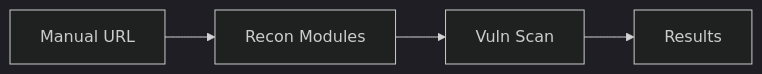
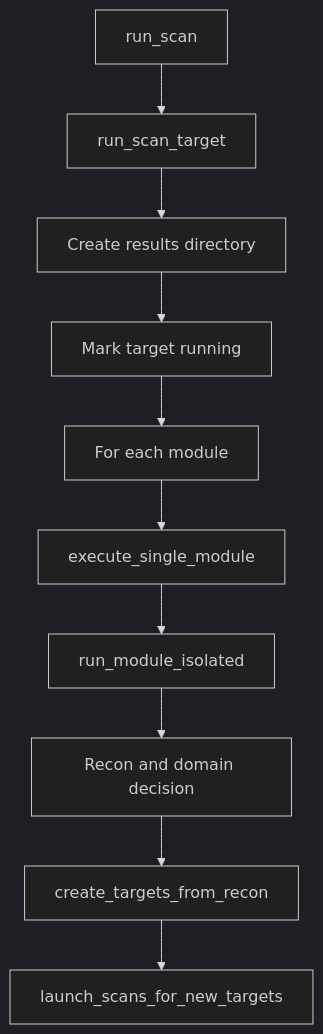
One commit to pereznacho/Bounty_Hunter changed the third of 5 diagrams in README.md. Above: the diagram before and after it, drawn with Mermaid (dark theme). The commit also changed other lines of this file and 91 other files, not shown here.

````diff
--- a/README.md
+++ b/README.md
@@ -140,6 +129,12 @@
 ```mermaid
-graph LR
-    A[Manual URL] --> B[Recon Modules]
-    B --> C[Vuln Scan]
-    C --> D[Results]
+graph TB;
+    RS[run_scan] --> RT[run_scan_target];
+    RT --> C[Create results directory];
+    C --> D[Mark target running];
+    D --> E[For each module];
+    E --> X[execute_single_module];
+    X --> Y[run_module_isolated];
+    Y --> Z[Recon and domain decision];
+    Z --> A[create_targets_from_recon];
+    A --> B[launch_scans_for_new_targets];
 ```
````
